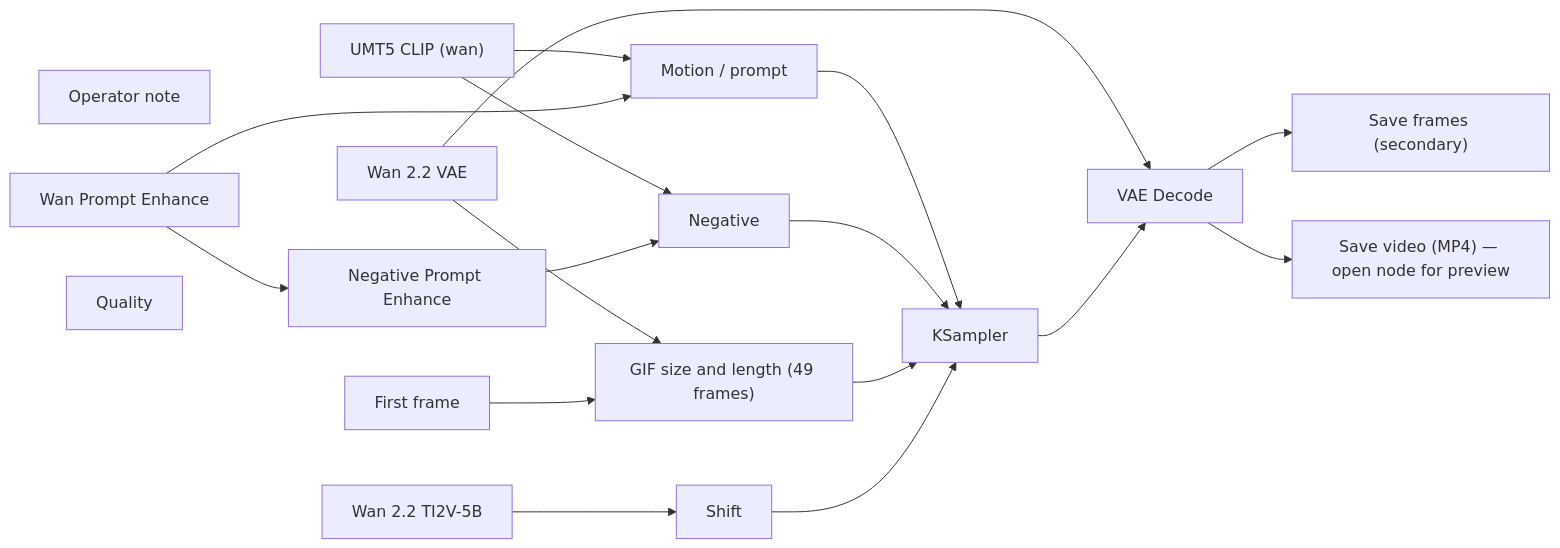
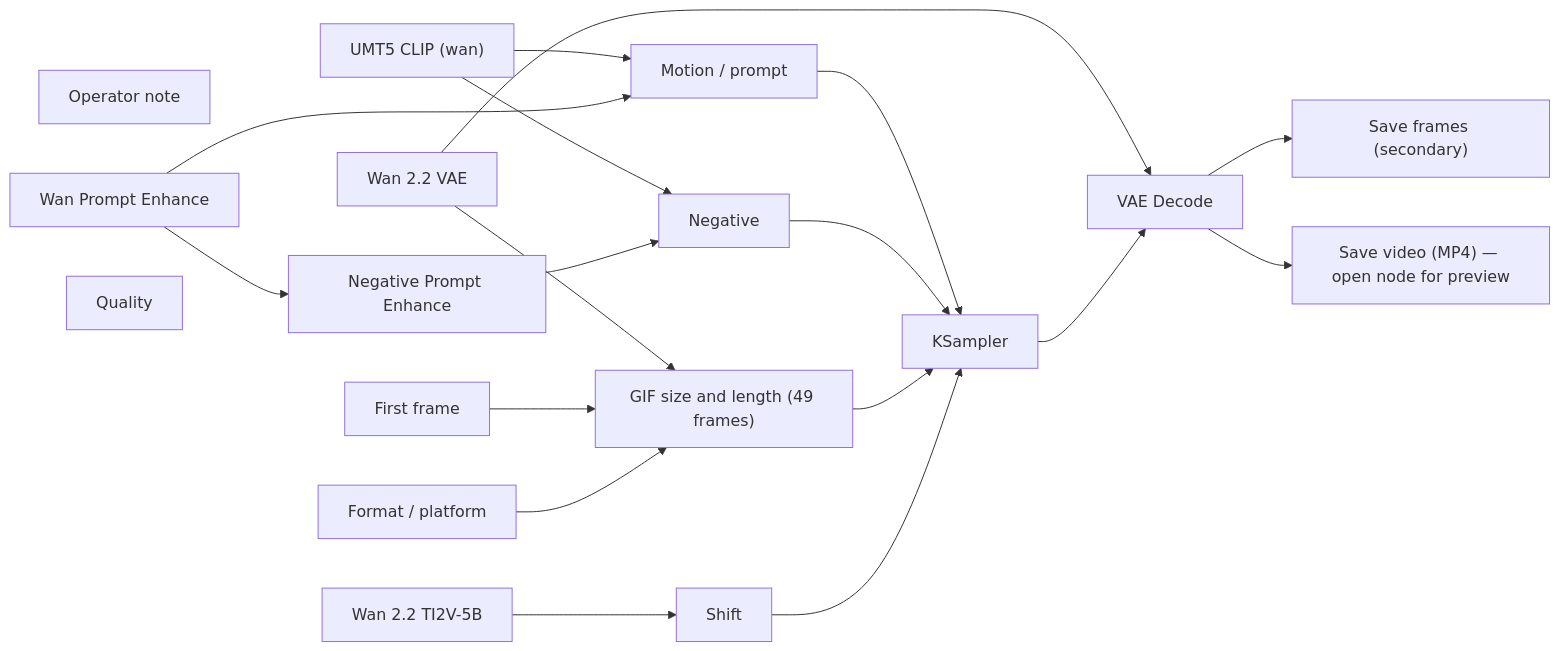
One commit to toxicoder/ez-comfy-stack changed the diagram in docs/generated/workflows/wan/bumper-loop.md. Above: the diagram before and after it, drawn with Mermaid. The commit also changed other lines of this file and 312 other files, not shown here.

First line of the commit message:
feat: Format / platform on Klein, Wan, and LTX Apps

````diff
--- a/docs/generated/workflows/wan/bumper-loop.md
+++ b/docs/generated/workflows/wan/bumper-loop.md
@@ -51,35 +53,37 @@
 ```mermaid
 flowchart LR
   N1["Wan 2.2 TI2V-5B"]
   N2["UMT5 CLIP (wan)"]
   N3["Wan 2.2 VAE"]
   N4["First frame"]
   N6["Motion / prompt"]
   N7["Negative"]
   N8["GIF size and length (49 frames)"]
   N9["Shift"]
   N10["KSampler"]
   N11["VAE Decode"]
   N12["Save frames (secondary)"]
   N13["Save video (MP4) — open node for preview"]
   N14["Operator note"]
   N15["Wan Prompt Enhance"]
   N16["Negative Prompt Enhance"]
   N17["Quality"]
+  N18["Format / platform"]
   N1 --> N9
   N2 --> N6
   N2 --> N7
   N3 --> N8
   N3 --> N11
   N4 --> N8
   N6 --> N10
   N7 --> N10
   N8 --> N10
   N9 --> N10
   N10 --> N11
   N11 --> N12
   N11 --> N13
   N15 --> N6
   N15 --> N16
   N16 --> N7
+  N18 --> N8
 ```
````
